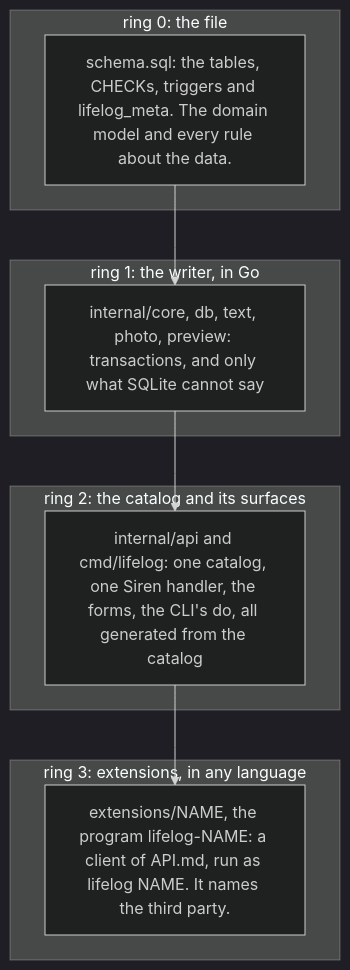
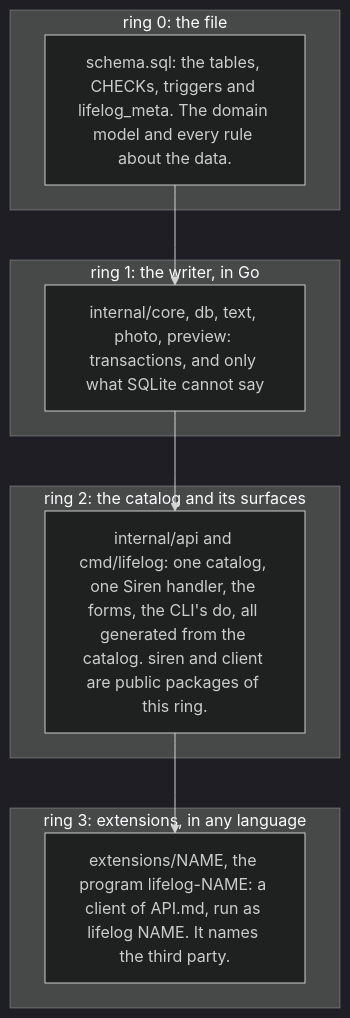
The first of 2 diagrams in AGENTS.md (alexradunet/lifelogdb), drawn with Mermaid (dark theme) before and after one commit. The commit also changed other lines of this file and 87 other files, not shown here.

First line of the commit message:
plan 150, part 1: siren and client are public packages of the root module

````diff
--- a/AGENTS.md
+++ b/AGENTS.md
@@ -156,16 +156,16 @@
 ```mermaid
 flowchart TB
   subgraph R0["ring 0: the file"]
     S["schema.sql: the tables, CHECKs, triggers and lifelog_meta. The domain model and every rule about the data."]
   end
   subgraph R1["ring 1: the writer, in Go"]
     C["internal/core, db, text, photo, preview: transactions, and only what SQLite cannot say"]
   end
   subgraph R2["ring 2: the catalog and its surfaces"]
-    K["internal/api and cmd/lifelog: one catalog, one Siren handler, the forms, the CLI's do, all generated from the catalog"]
+    K["internal/api and cmd/lifelog: one catalog, one Siren handler, the forms, the CLI's do, all generated from the catalog. siren and client are public packages of this ring."]
   end
   subgraph R3["ring 3: extensions, in any language"]
     X["extensions/NAME, the program lifelog-NAME: a client of API.md, run as lifelog NAME. It names the third party."]
   end
   S --> C --> K --> X
 ```
````
